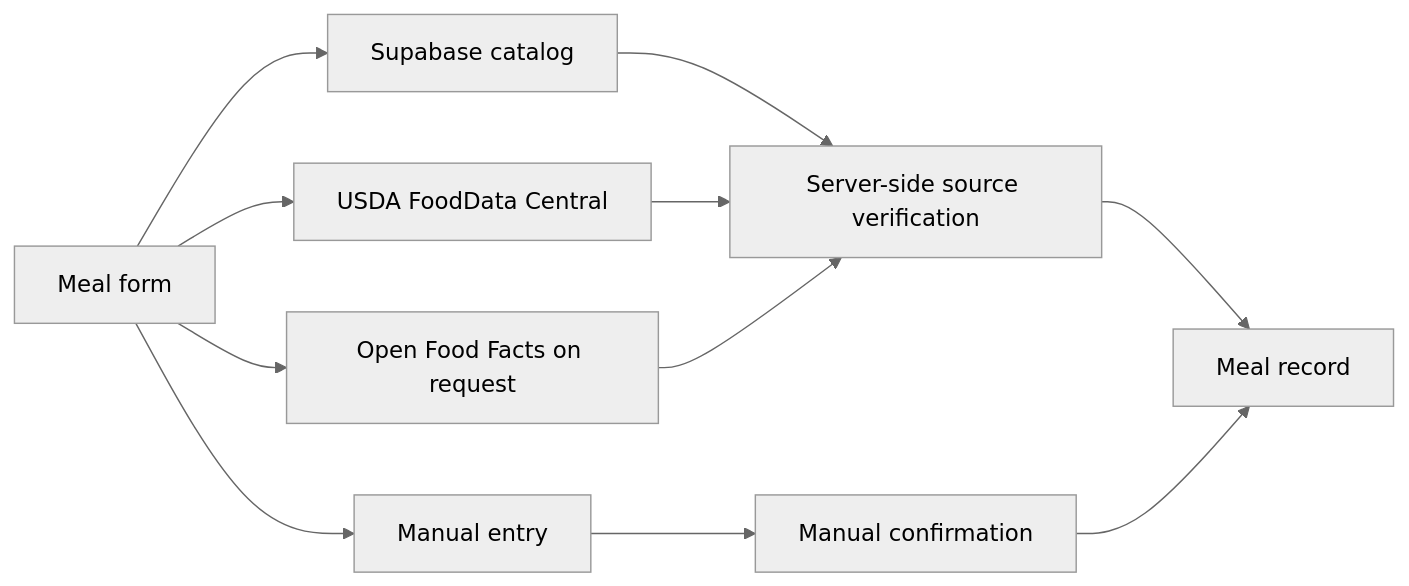
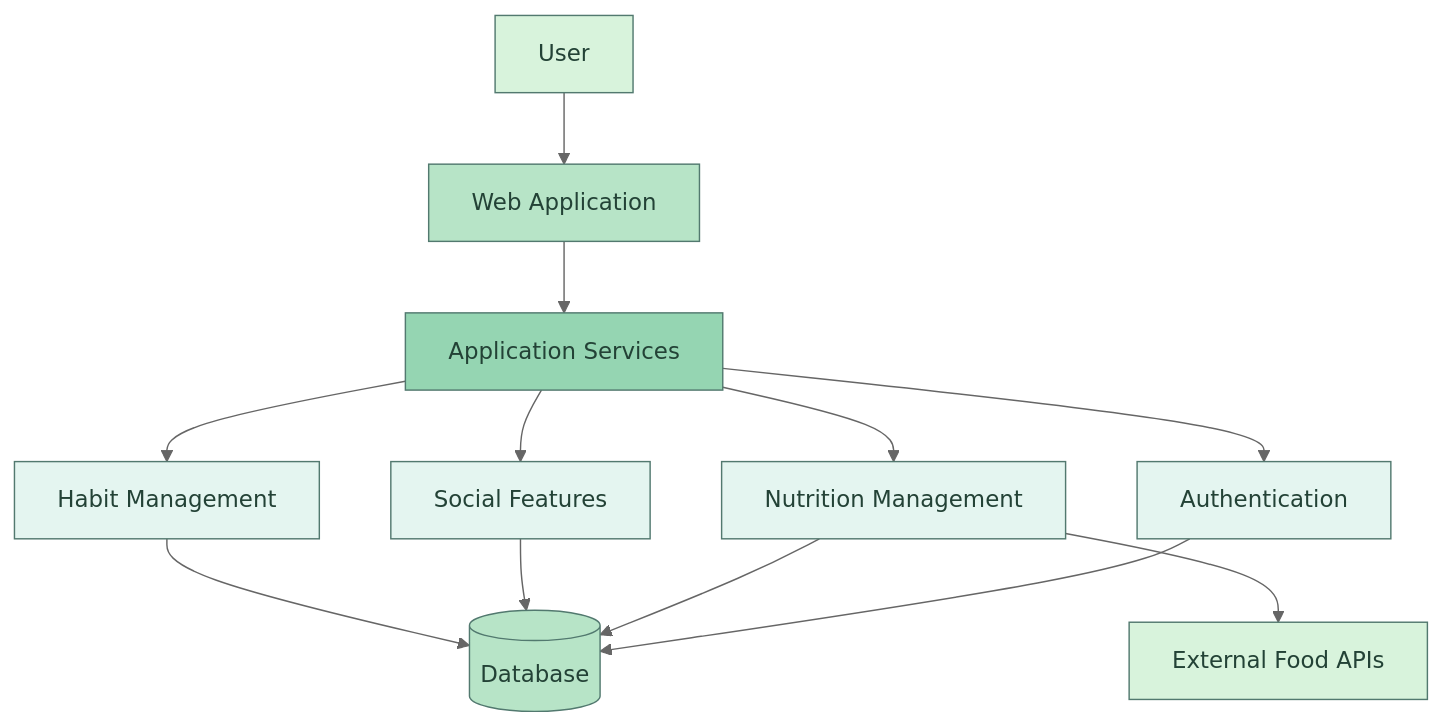
One commit to se-230717032/dimeat-project changed the first of 2 diagrams in README.md. Above: the diagram before and after it, drawn with Mermaid (neutral theme). The commit also changed other lines of this file, not shown here.

````diff
--- a/README.md
+++ b/README.md
@@ -73,13 +82,24 @@
 ```mermaid
-flowchart LR
-    A[Meal form] --> B[Supabase catalog]
-    A --> C[USDA FoodData Central]
-    A --> D[Open Food Facts on request]
-    A --> E[Manual entry]
-    B --> F[Server-side source verification]
-    C --> F
-    D --> F
-    F --> G[Meal record]
-    E --> H[Manual confirmation]
-    H --> G
+flowchart TD
+    A[User] --> B[Web Application]
+    B --> C[Application Services]
+    C --> D[Authentication]
+    C --> E[Nutrition Management]
+    C --> F[Social Features]
+    C --> G[Habit Management]
+    D --> H[(Database)]
+    E --> H
+    F --> H
+    G --> H
+    E --> I[External Food APIs]
+
+    style A fill:#D8F3DC,stroke:#52796F,color:#234236
+    style B fill:#B7E4C7,stroke:#52796F,color:#234236
+    style C fill:#95D5B2,stroke:#52796F,color:#234236
+    style D fill:#E4F5F0,stroke:#52796F,color:#234236
+    style E fill:#E4F5F0,stroke:#52796F,color:#234236
+    style F fill:#E4F5F0,stroke:#52796F,color:#234236
+    style G fill:#E4F5F0,stroke:#52796F,color:#234236
+    style H fill:#B7E4C7,stroke:#52796F,color:#234236
+    style I fill:#D8F3DC,stroke:#52796F,color:#234236
 ```
````
